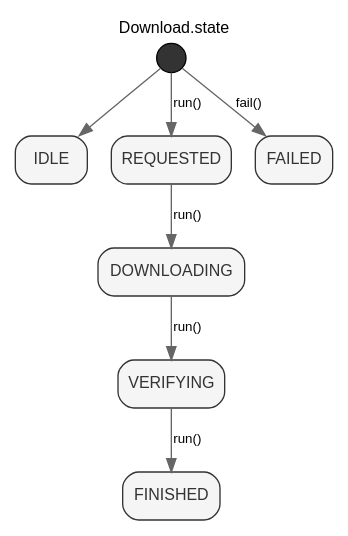
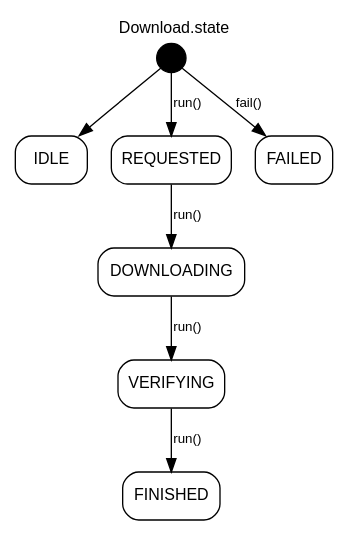
Before and after one commit to pauljohanneskraft/Acai: the diagram in Examples/StateDiagram/Exports/kotlin.dot, drawn with Graphviz. The commit also changed 44 other files, not shown here.

```diff
--- a/Examples/StateDiagram/Exports/kotlin.dot
+++ b/Examples/StateDiagram/Exports/kotlin.dot
@@ -1,23 +1,22 @@
 digraph {
   label="Download.state";
   labelloc=t;
   rankdir=TB;
-  bgcolor="white";
   fontname="Helvetica";
   fontsize=12;
   node [fontname="Helvetica" fontsize=12];
   edge [fontname="Helvetica" fontsize=10];
-  "__initial" [shape=circle style=filled fillcolor="#333333" width=0.3 label=""];
-  "state_IDLE" [shape=Mrecord style=filled fillcolor="#f5f5f5" color="#333333" fontcolor="#333333" label="IDLE"];
-  "state_REQUESTED" [shape=Mrecord style=filled fillcolor="#f5f5f5" color="#333333" fontcolor="#333333" label="REQUESTED"];
-  "state_DOWNLOADING" [shape=Mrecord style=filled fillcolor="#f5f5f5" color="#333333" fontcolor="#333333" label="DOWNLOADING"];
-  "state_VERIFYING" [shape=Mrecord style=filled fillcolor="#f5f5f5" color="#333333" fontcolor="#333333" label="VERIFYING"];
-  "state_FINISHED" [shape=Mrecord style=filled fillcolor="#f5f5f5" color="#333333" fontcolor="#333333" label="FINISHED"];
-  "state_FAILED" [shape=Mrecord style=filled fillcolor="#f5f5f5" color="#333333" fontcolor="#333333" label="FAILED"];
-  "__initial" -> "state_IDLE" [color="#666666"];
-  "__initial" -> "state_REQUESTED" [color="#666666" label="run()"];
-  "state_REQUESTED" -> "state_DOWNLOADING" [color="#666666" label="run()"];
-  "state_DOWNLOADING" -> "state_VERIFYING" [color="#666666" label="run()"];
-  "state_VERIFYING" -> "state_FINISHED" [color="#666666" label="run()"];
-  "__initial" -> "state_FAILED" [color="#666666" label="fail()"];
+  "__initial" [shape=circle style=filled fillcolor="black" width=0.3 label=""];
+  "state_IDLE" [shape=Mrecord label="IDLE"];
+  "state_REQUESTED" [shape=Mrecord label="REQUESTED"];
+  "state_DOWNLOADING" [shape=Mrecord label="DOWNLOADING"];
+  "state_VERIFYING" [shape=Mrecord label="VERIFYING"];
+  "state_FINISHED" [shape=Mrecord label="FINISHED"];
+  "state_FAILED" [shape=Mrecord label="FAILED"];
+  "__initial" -> "state_IDLE";
+  "__initial" -> "state_REQUESTED" [label="run()"];
+  "state_REQUESTED" -> "state_DOWNLOADING" [label="run()"];
+  "state_DOWNLOADING" -> "state_VERIFYING" [label="run()"];
+  "state_VERIFYING" -> "state_FINISHED" [label="run()"];
+  "__initial" -> "state_FAILED" [label="fail()"];
 }
```
